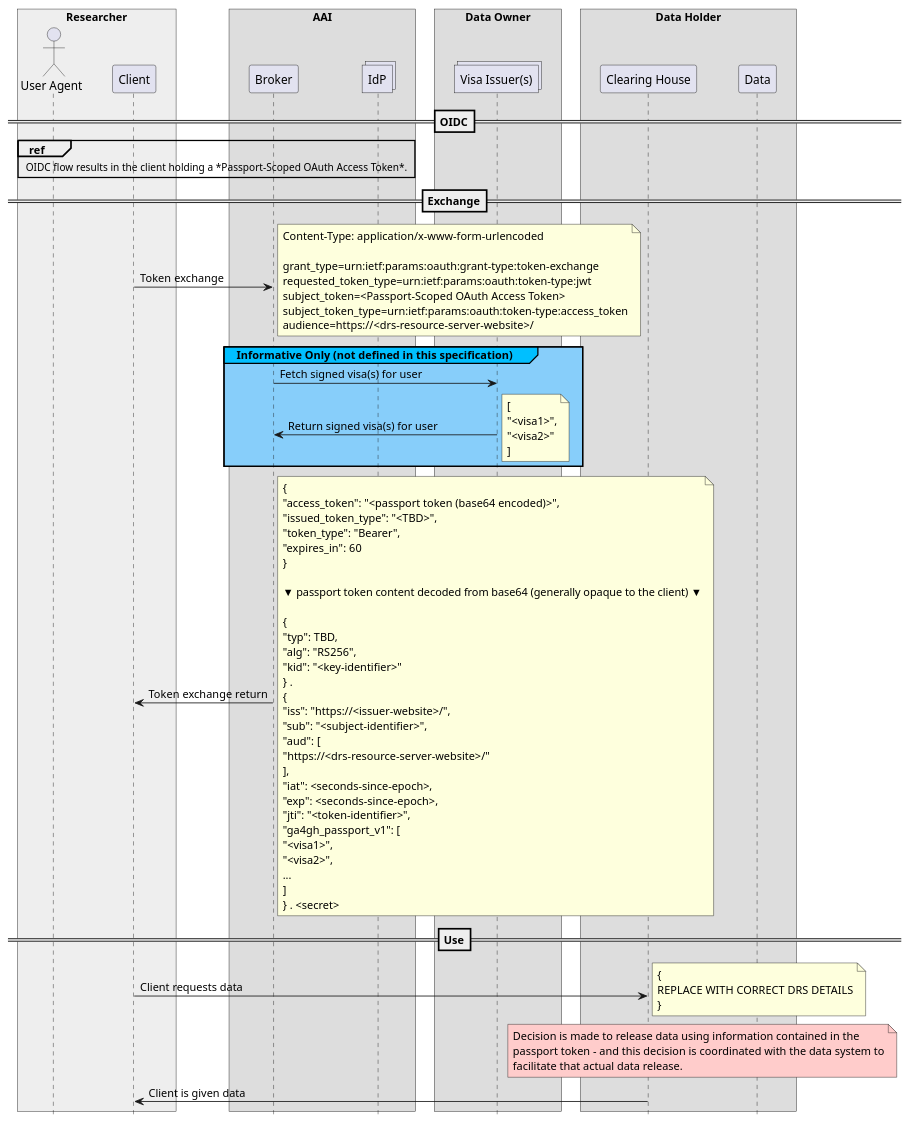
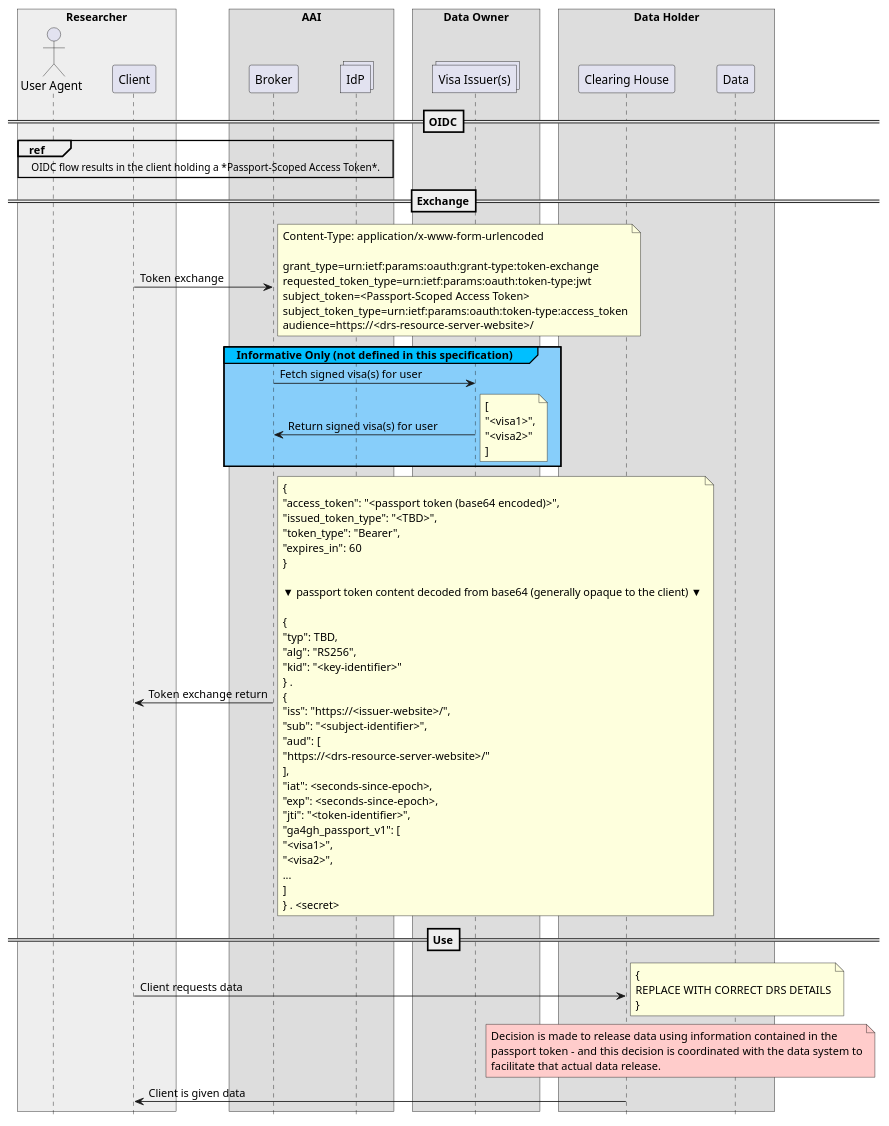
The second of 2 diagrams in AAI/FAQ.md (ga4gh/data-security), drawn with PlantUML before and after one commit. The commit also changed other lines of this file, not shown here.

```diff
--- a/AAI/FAQ.md
+++ b/AAI/FAQ.md
@@ -144,7 +148,7 @@
 ==OIDC==
 
 ref over user, client, broker, idps
-OIDC flow results in the client holding a *Passport-Scoped OAuth Access Token*.
+OIDC flow results in the client holding a *Passport-Scoped Access Token*.
 end ref
 
 ==Exchange==
@@ -155,7 +159,7 @@
 
 grant_type=urn:ietf:params:oauth:grant-type:token-exchange
 requested_token_type=urn:ietf:params:oauth:token-type:jwt
-subject_token=<Passport-Scoped OAuth Access Token>
+subject_token=<Passport-Scoped Access Token>
 subject_token_type=urn:ietf:params:oauth:token-type:access_token
 audience=https://<drs-resource-server-website>/
 end note
```
